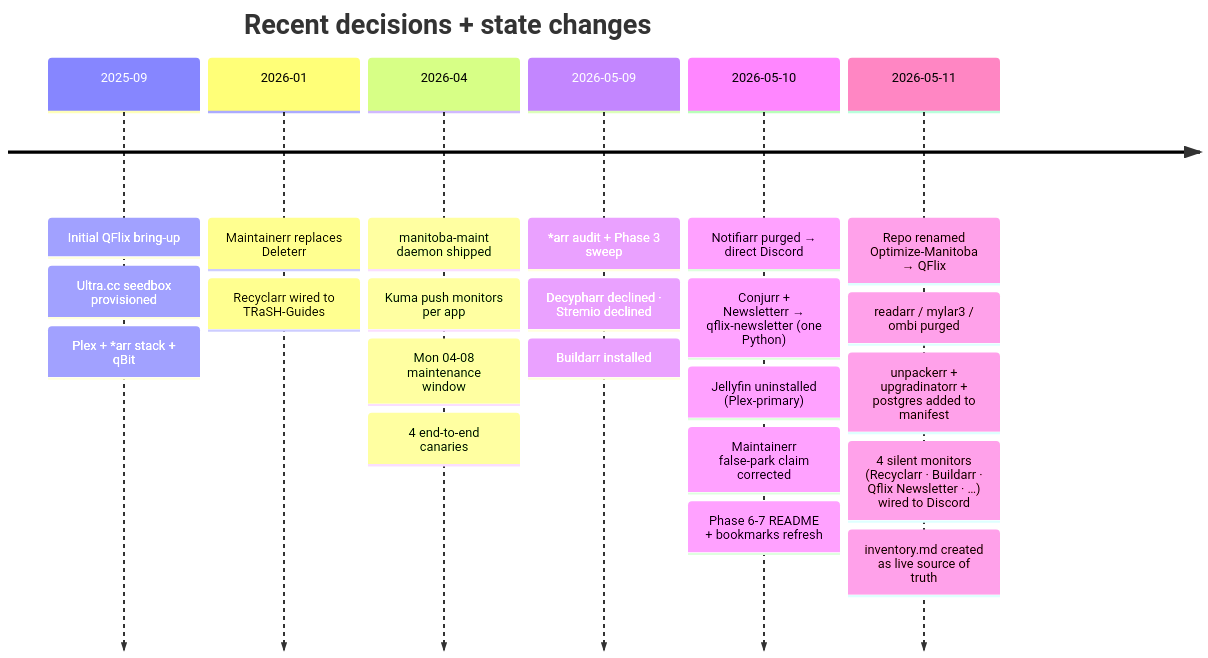
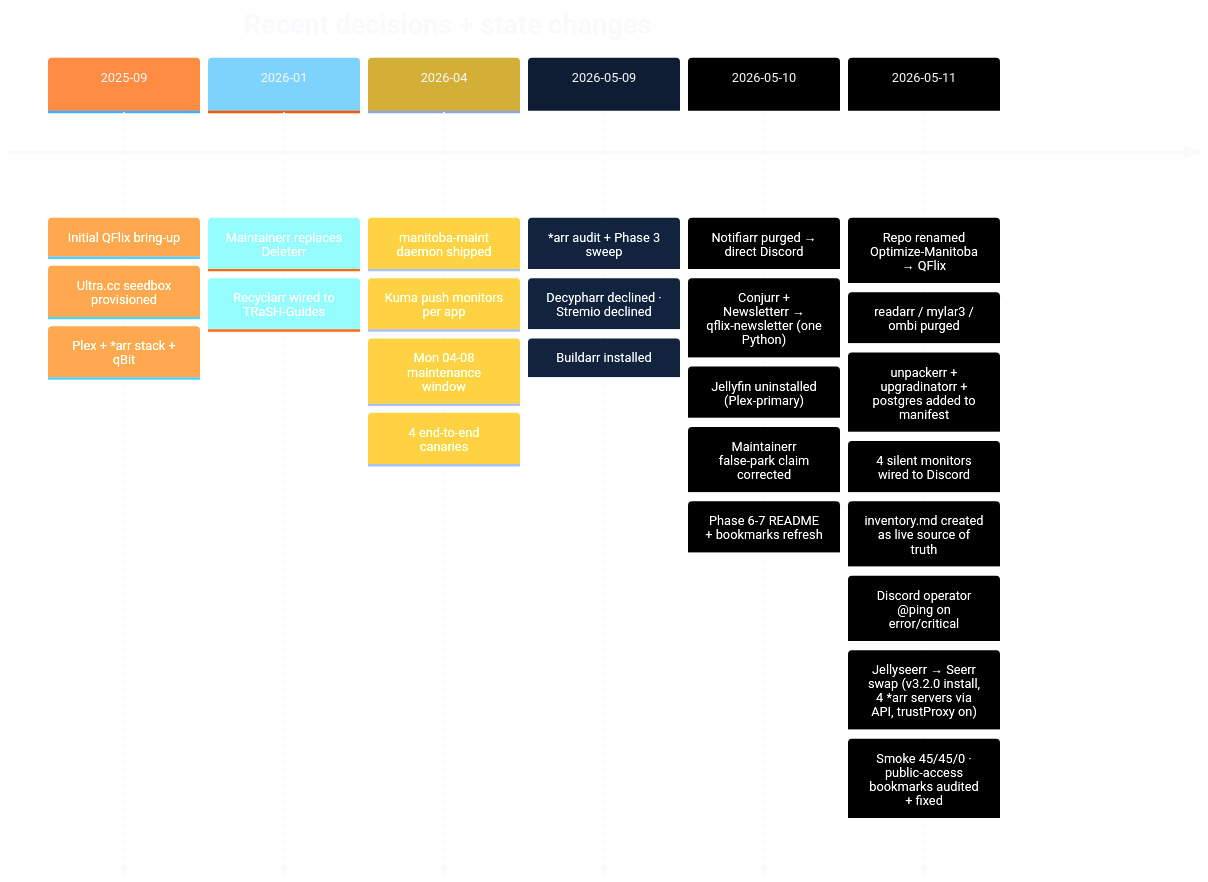
The sixth of 6 diagrams in README.md (Quadstronaut/QFlix), drawn with Mermaid before and after one commit. The commit also changed other lines of this file and 28 other files, not shown here.

````diff
--- a/README.md
+++ b/README.md
@@ -210,26 +238,30 @@
 ```mermaid
+%%{init: {'theme':'base','themeVariables':{'primaryColor':'#0e1d33','primaryTextColor':'#f8fafc','primaryBorderColor':'#ff8c42','lineColor':'#7dd3fc','secondaryColor':'#05101f','tertiaryColor':'#0a1628','cScale0':'#ff8c42','cScale1':'#7dd3fc','cScale2':'#d4af37','cScale3':'#0e1d33','fontFamily':'Segoe UI, Roboto, sans-serif'}}}%%
 timeline
   title Recent decisions + state changes
   2025-09 : Initial QFlix bring-up
           : Ultra.cc seedbox provisioned
           : Plex + *arr stack + qBit
   2026-01 : Maintainerr replaces Deleterr
           : Recyclarr wired to TRaSH-Guides
   2026-04 : manitoba-maint daemon shipped
           : Kuma push monitors per app
           : Mon 04-08 maintenance window
           : 4 end-to-end canaries
   2026-05-09 : *arr audit + Phase 3 sweep
             : Decypharr declined · Stremio declined
             : Buildarr installed
   2026-05-10 : Notifiarr purged → direct Discord
             : Conjurr + Newsletterr → qflix-newsletter (one Python)
             : Jellyfin uninstalled (Plex-primary)
             : Maintainerr false-park claim corrected
             : Phase 6-7 README + bookmarks refresh
   2026-05-11 : Repo renamed Optimize-Manitoba → QFlix
             : readarr / mylar3 / ombi purged
             : unpackerr + upgradinatorr + postgres added to manifest
-            : 4 silent monitors (Recyclarr · Buildarr · Qflix Newsletter · …) wired to Discord
+            : 4 silent monitors wired to Discord
             : inventory.md created as live source of truth
+            : Discord operator @ping on error/critical
+            : Jellyseerr → Seerr swap (v3.2.0 install, 4 *arr servers via API, trustProxy on)
+            : Smoke 45/45/0 · public-access bookmarks audited + fixed
 ```
````
